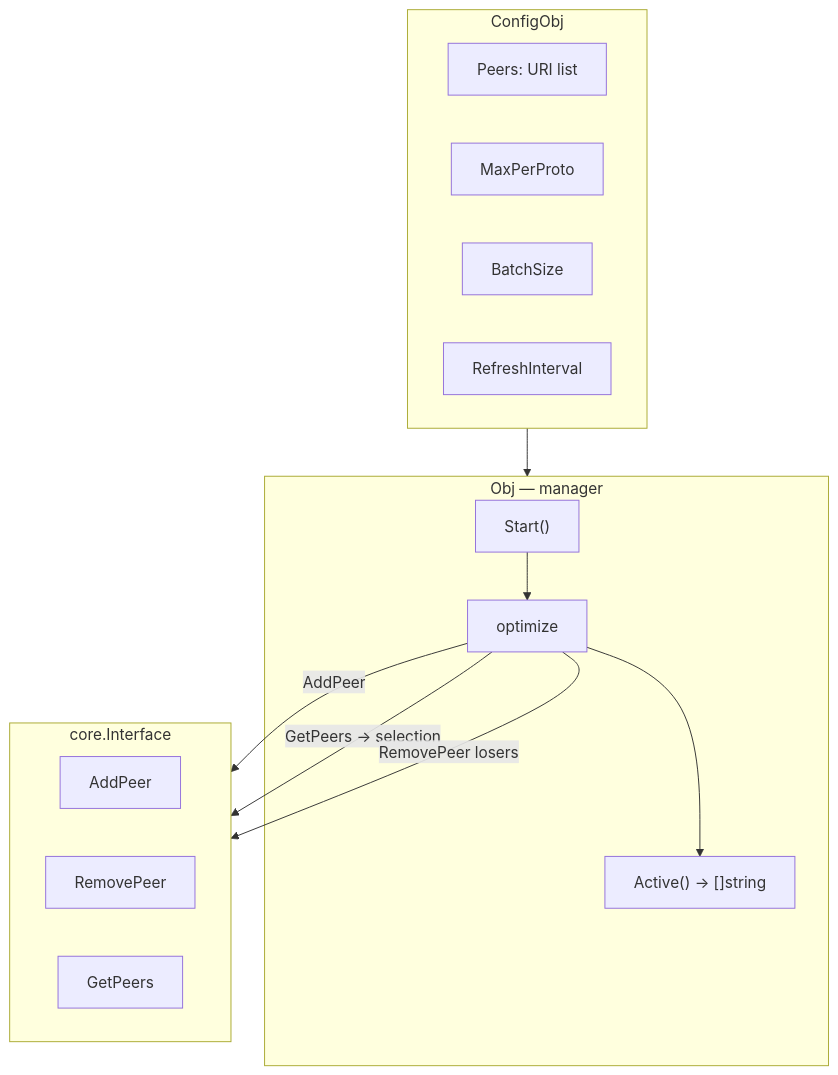
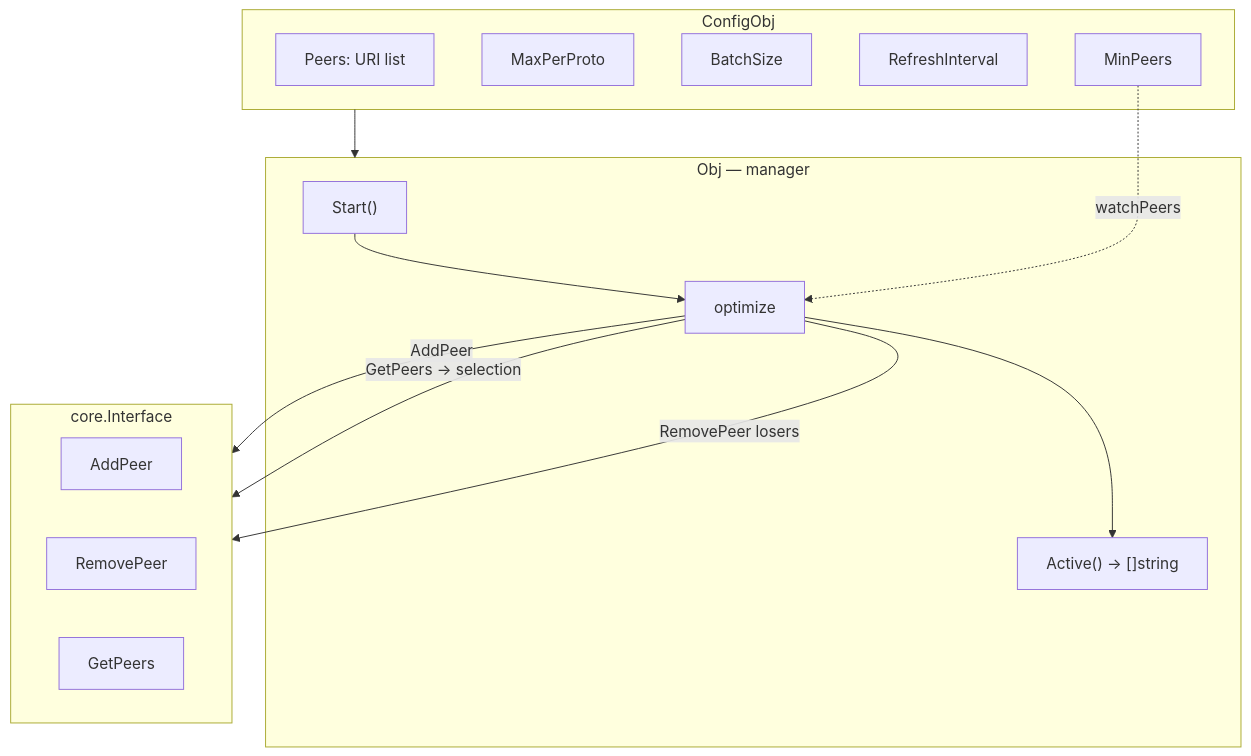
One commit to voluminor/ratatoskr changed the first of 3 diagrams in mod/peermgr/README.md. Above: the diagram before and after it, drawn with Mermaid. The commit also changed other lines of this file and 8 other files, not shown here.

````diff
--- a/mod/peermgr/README.md
+++ b/mod/peermgr/README.md
@@ -22,28 +22,30 @@
 ```mermaid
 flowchart TB
     subgraph Config["ConfigObj"]
         Peers["Peers: URI list"]
         MaxPP["MaxPerProto"]
         Batch["BatchSize"]
         Refresh["RefreshInterval"]
+      MinP["MinPeers"]
     end
 
     subgraph Obj["Obj — manager"]
         Start["Start()"]
         Optimize["optimize"]
         Active["Active() → []string"]
     end
 
     subgraph Node["core.Interface"]
         Add["AddPeer"]
         Remove["RemovePeer"]
         Get["GetPeers"]
     end
 
     Config --> Obj
     Start --> Optimize
     Optimize -->|" AddPeer "| Node
     Optimize -->|" GetPeers → selection "| Node
     Optimize -->|" RemovePeer losers "| Node
     Optimize --> Active
+  MinP -.->|" watchPeers "| Optimize
 ```
````
